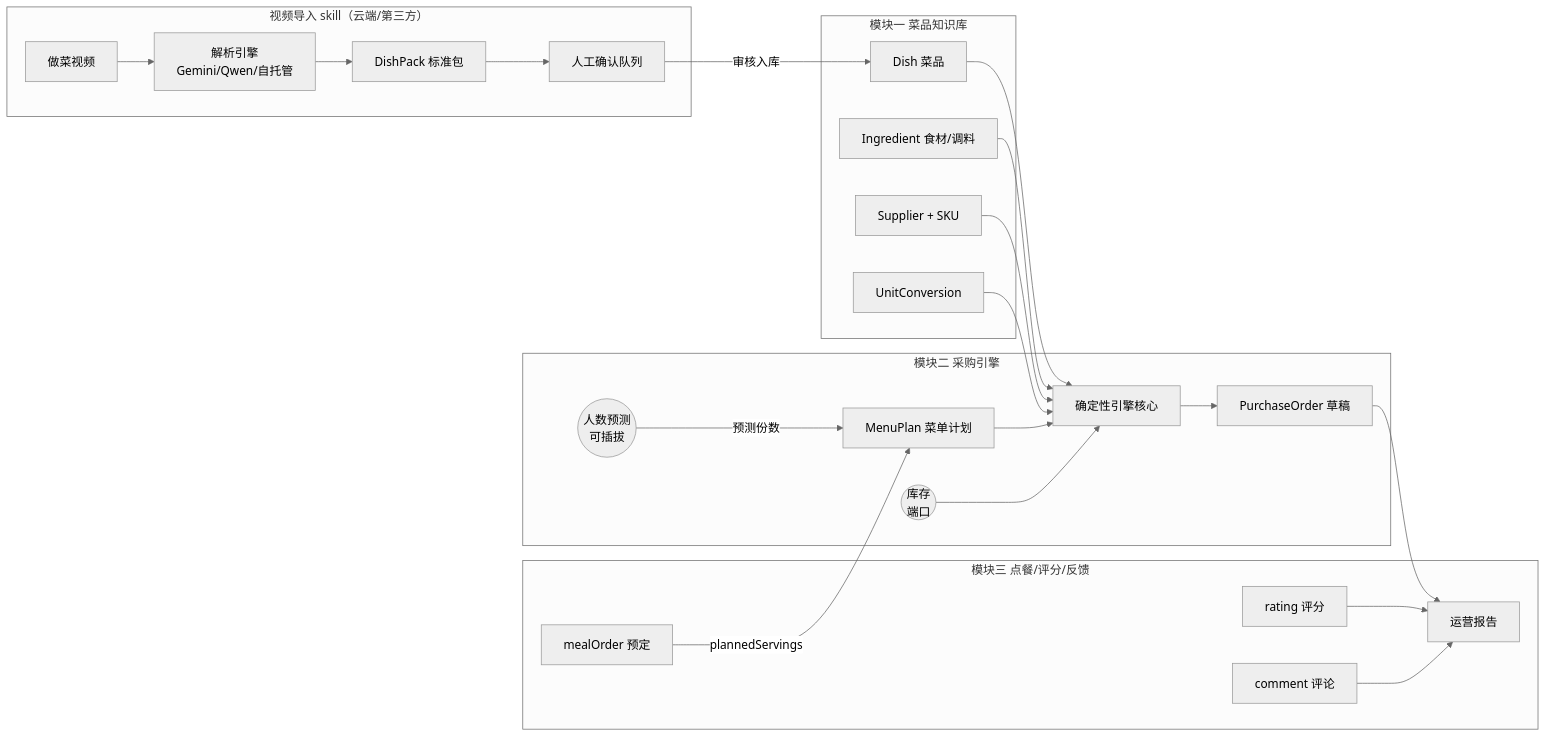
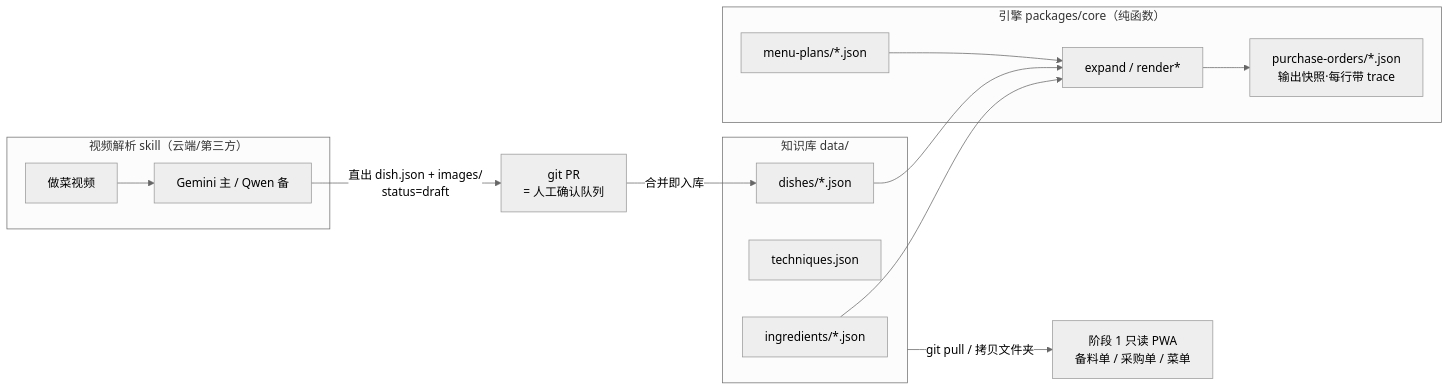
The first of 2 diagrams in docs/architecture.md (TERRYYYC/canteen-os), drawn with Mermaid (neutral theme) before and after one commit. The commit also changed other lines of this file and 76 other files, not shown here.

First line of the commit message:
feat!: v2 收窄落地 — ADR-0006、5 实体 schema、采购引擎实现、skill 直出 dish

````diff
--- a/docs/architecture.md
+++ b/docs/architecture.md
@@ -35,44 +39,29 @@
 ```mermaid
 flowchart LR
-    subgraph KB[模块一 菜品知识库]
-        Dish[Dish 菜品]
-        Ing[Ingredient 食材/调料]
-        Sup[Supplier + SKU]
-        UC[UnitConversion]
+    subgraph KB[知识库 data/]
+        Ing[ingredients/*.json]
+        Tech[techniques.json]
+        Dish[dishes/*.json]
     end
 
-    subgraph FB[模块三 点餐/评分/反馈]
-        MO[mealOrder 预定]
-        RT[rating 评分]
-        CM[comment 评论]
-        RPT[运营报告]
+    subgraph ENG[引擎 packages/core（纯函数）]
+        MP[menu-plans/*.json]
+        CORE[expand / render*]
+        PO[purchase-orders/*.json\n输出快照·每行带 trace]
     end
 
-    subgraph PC[模块二 采购引擎]
-        MP[MenuPlan 菜单计划]
-        ENG[确定性引擎核心]
-        FC((人数预测\n可插拔))
-        INV((库存\n端口))
-        PO[PurchaseOrder 草稿]
+    subgraph VI[视频解析 skill（云端/第三方）]
+        VID[做菜视频]
+        PARSE[Gemini 主 / Qwen 备]
     end
 
-    subgraph VI[视频导入 skill（云端/第三方）]
-        VID[做菜视频]
-        PARSE[解析引擎\nGemini/Qwen/自托管]
-        DP[DishPack 标准包]
-        HQ[人工确认队列]
-    end
+    PWA[阶段 1 只读 PWA\n备料单 / 采购单 / 菜单]
 
-    MO -->|plannedServings| MP
-    FC -->|预测份数| MP
-    MP --> ENG
-    Dish --> ENG
-    Ing --> ENG
-    Sup --> ENG
-    UC --> ENG
-    INV --> ENG
-    ENG --> PO
-    VID --> PARSE --> DP --> HQ -->|审核入库| Dish
-    RT & CM --> RPT
-    PO --> RPT
+    MP --> CORE
+    Dish --> CORE
+    Ing --> CORE
+    CORE --> PO
+    KB -->|git pull / 拷贝文件夹| PWA
+    VID --> PARSE -->|直出 dish.json + images/\nstatus=draft| PR[git PR\n= 人工确认队列]
+    PR -->|合并即入库| Dish
 ```
````
